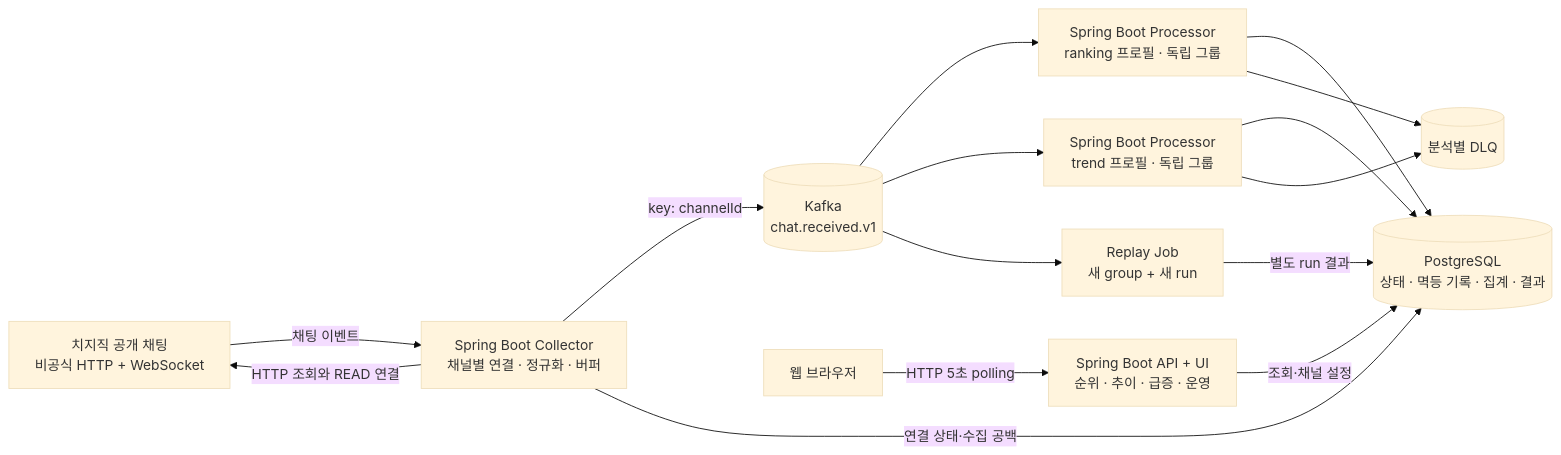
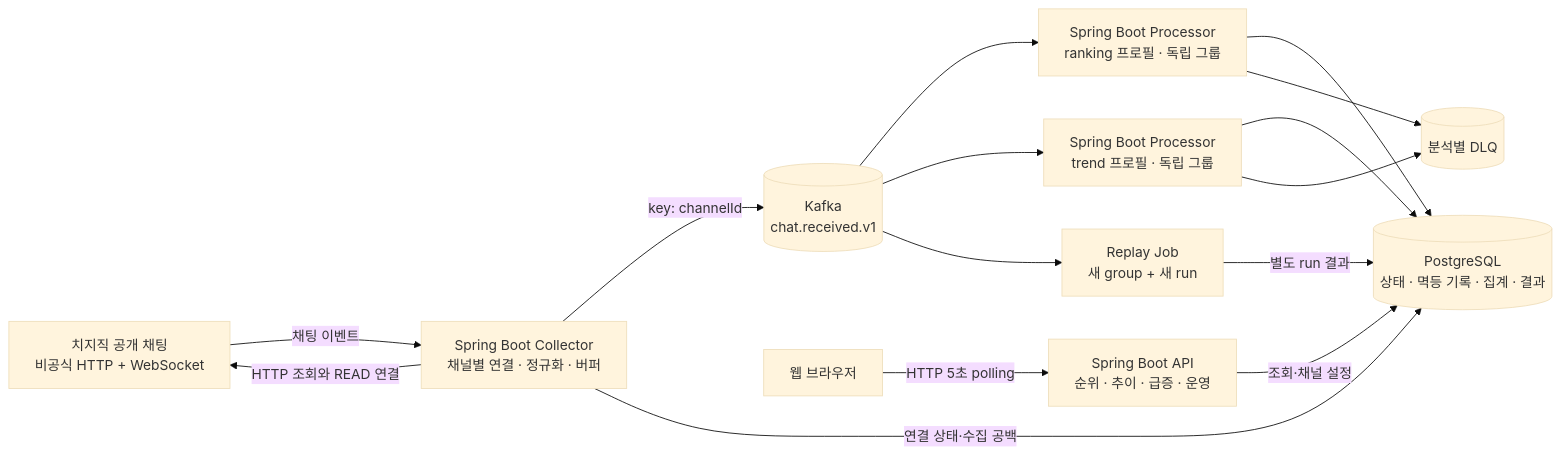
Before and after one commit to joejaeyoung/jigeumini: the diagram in docs/design/ARCHITECTURE.md, drawn with Mermaid (base theme). The commit also changed other lines of this file and 79 other files, not shown here.

````diff
--- a/docs/design/ARCHITECTURE.md
+++ b/docs/design/ARCHITECTURE.md
@@ -7,27 +7,27 @@
 ```mermaid
 flowchart LR
     CH[치지직 공개 채팅\n비공식 HTTP + WebSocket]
     C[Spring Boot Collector\n채널별 연결 · 정규화 · 버퍼]
     K[(Kafka\nchat.received.v1)]
     R[Spring Boot Processor\nranking 프로필 · 독립 그룹]
     T[Spring Boot Processor\ntrend 프로필 · 독립 그룹]
     P[(PostgreSQL\n상태 · 멱등 기록 · 집계 · 결과)]
-    A[Spring Boot API + UI\n순위 · 추이 · 급증 · 운영]
+    A[Spring Boot API\n순위 · 추이 · 급증 · 운영]
     U[웹 브라우저]
     D[(분석별 DLQ)]
     X[Replay Job\n새 group + 새 run]
     C -->|HTTP 조회와 READ 연결| CH
     CH -->|채팅 이벤트| C
     C -->|key: channelId| K
     C -->|연결 상태·수집 공백| P
     K --> R
     K --> T
     R --> P
     T --> P
     R --> D
     T --> D
     K --> X
     X -->|별도 run 결과| P
     A -->|조회·채널 설정| P
     U -->|HTTP 5초 polling| A
 ```
````
